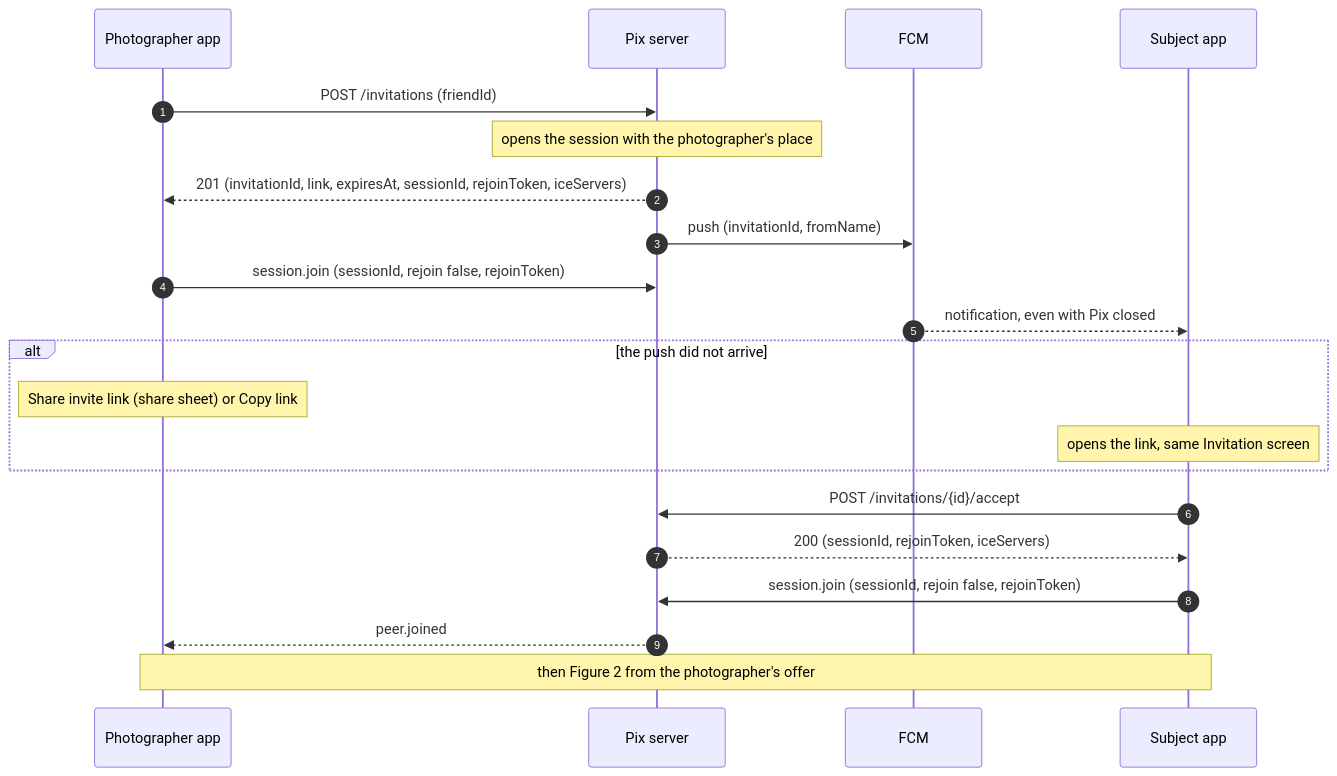
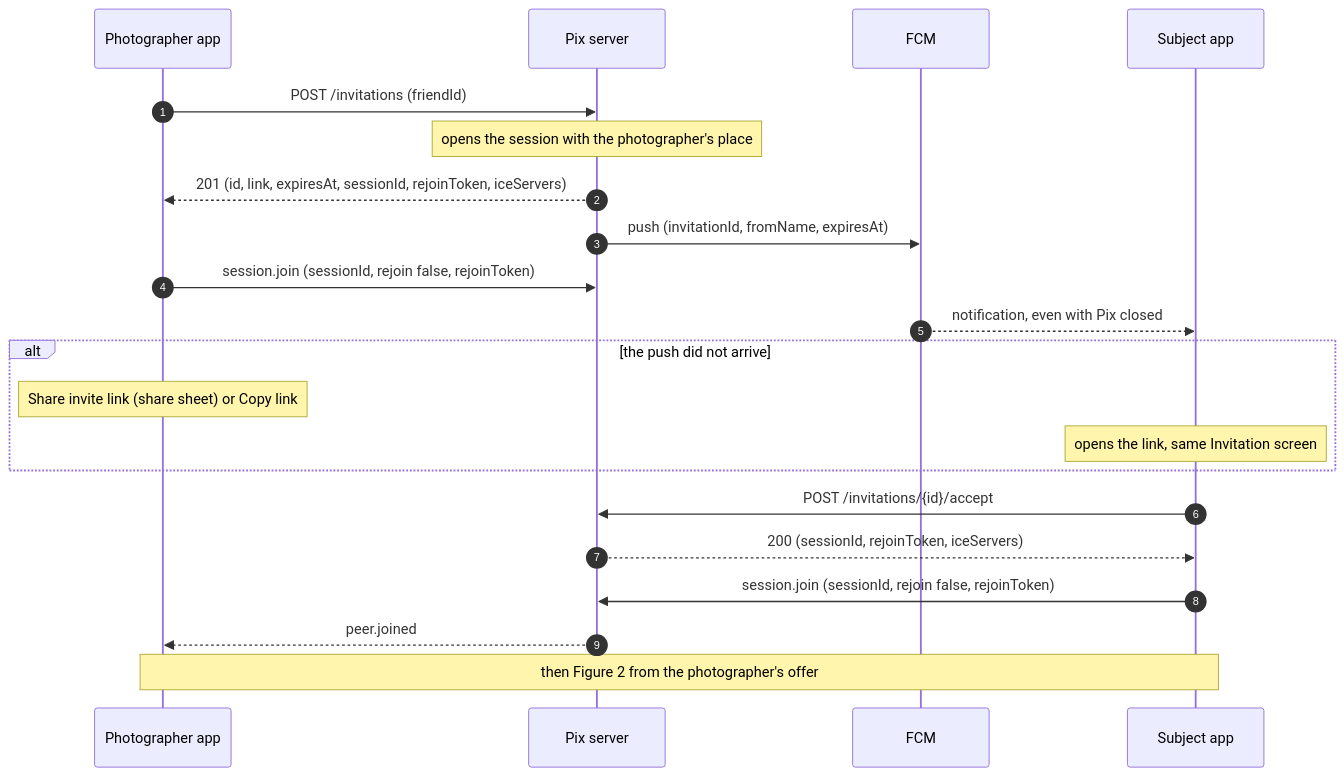
The third of 13 diagrams in wiki/Design-Documentation.md (snuhcs-course/swpp-2026-project-team-10), drawn with Mermaid before and after one commit. The commit also changed other lines of this file and 4 other files, not shown here.

````diff
--- a/wiki/Design-Documentation.md
+++ b/wiki/Design-Documentation.md
@@ -212,23 +213,23 @@
 ```mermaid
 sequenceDiagram
   autonumber
   participant P as Photographer app
   participant SV as Pix server
   participant F as FCM
   participant S as Subject app
   P->>SV: POST /invitations (friendId)
   Note over SV: opens the session with the photographer's place
-  SV-->>P: 201 (invitationId, link, expiresAt, sessionId, rejoinToken, iceServers)
-  SV->>F: push (invitationId, fromName)
+  SV-->>P: 201 (id, link, expiresAt, sessionId, rejoinToken, iceServers)
+  SV->>F: push (invitationId, fromName, expiresAt)
   P->>SV: session.join (sessionId, rejoin false, rejoinToken)
   F-->>S: notification, even with Pix closed
   alt the push did not arrive
     Note over P: Share invite link (share sheet) or Copy link
     Note over S: opens the link, same Invitation screen
   end
   S->>SV: POST /invitations/{id}/accept
   SV-->>S: 200 (sessionId, rejoinToken, iceServers)
   S->>SV: session.join (sessionId, rejoin false, rejoinToken)
   SV-->>P: peer.joined
   Note over P,S: then Figure 2 from the photographer's offer
 ```
````
